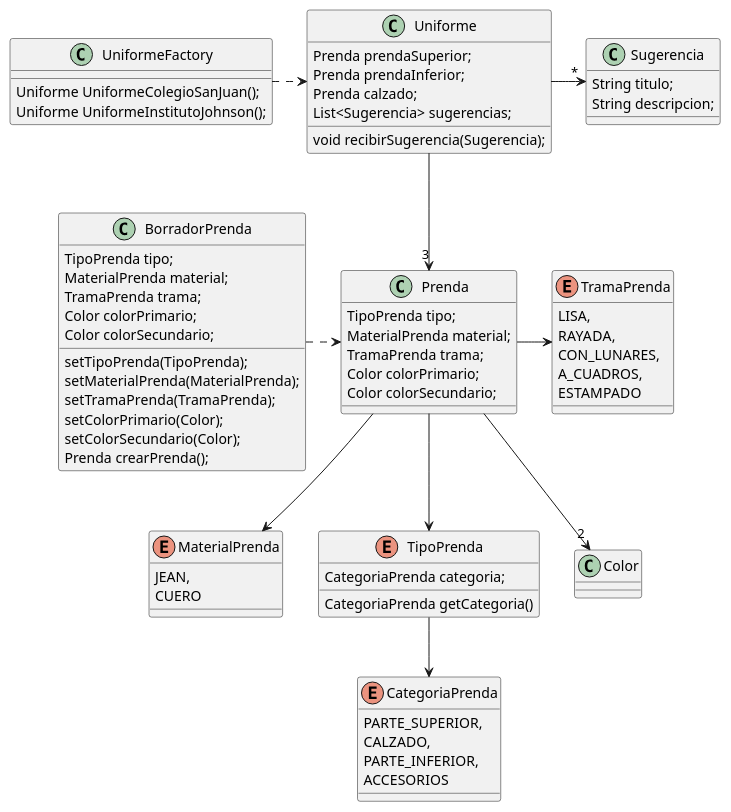
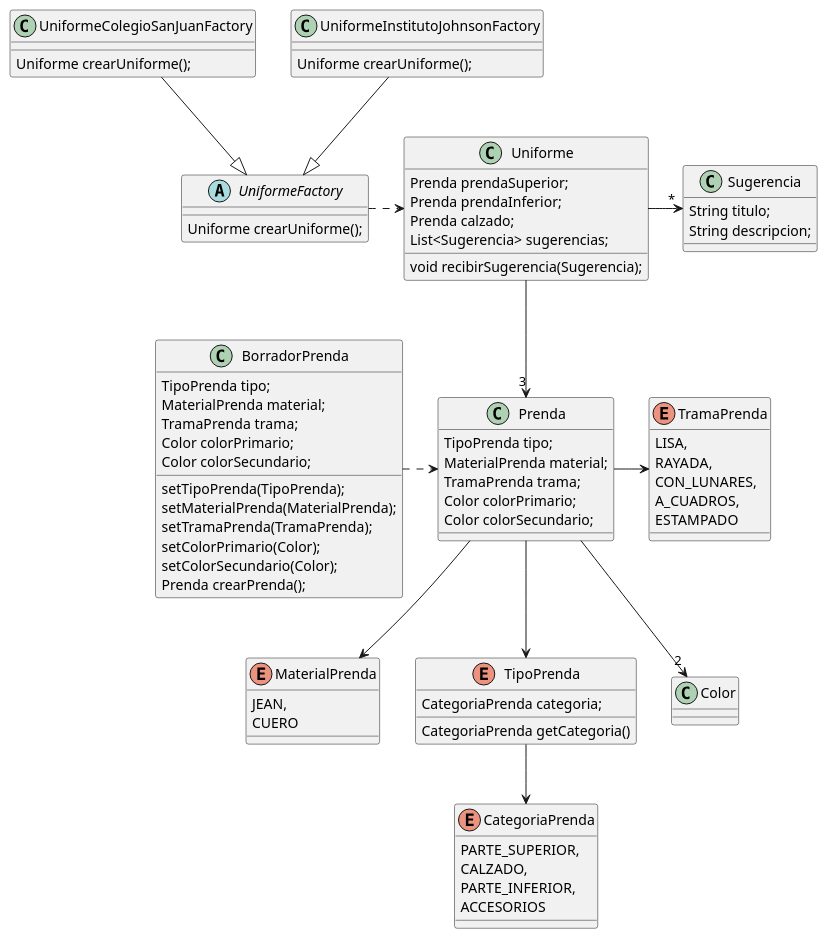
Before and after one commit to juanfsc/que-me-pongo: the diagram in classDiagram/diagram.puml, drawn with PlantUML. The commit also changed 2 other files, not shown here.

Commit message:
refactor UniformeFactory, update Readme

```diff
--- a/classDiagram/diagram.puml
+++ b/classDiagram/diagram.puml
@@ -1,73 +1,81 @@
 @startuml
 
 enum MaterialPrenda{
 	JEAN,
 	CUERO
 }
 enum CategoriaPrenda{
 	PARTE_SUPERIOR,
 	CALZADO,
 	PARTE_INFERIOR,
 	ACCESORIOS
 }
 enum TipoPrenda{
 	CategoriaPrenda categoria;
 	CategoriaPrenda getCategoria()
 }
 enum TramaPrenda{
     LISA,
     RAYADA,
     CON_LUNARES,
     A_CUADROS,
     ESTAMPADO
 }
 class Prenda{
 	TipoPrenda tipo;
 	MaterialPrenda material;
 	TramaPrenda trama;
 	Color colorPrimario;
 	Color colorSecundario;
 }
 class BorradorPrenda{
     TipoPrenda tipo;
     MaterialPrenda material;
     TramaPrenda trama;
     Color colorPrimario;
     Color colorSecundario;
     setTipoPrenda(TipoPrenda);
     setMaterialPrenda(MaterialPrenda);
     setTramaPrenda(TramaPrenda);
     setColorPrimario(Color);
     setColorSecundario(Color);
     Prenda crearPrenda();
 }
 class Sugerencia{
     String titulo;
     String descripcion;
 }
 
 class Uniforme{
     Prenda prendaSuperior;
     Prenda prendaInferior;
     Prenda calzado;
     List<Sugerencia> sugerencias;
     void recibirSugerencia(Sugerencia);
 
 }
 
-class UniformeFactory{
-    Uniforme UniformeColegioSanJuan();
-    Uniforme UniformeInstitutoJohnson();
+abstract UniformeFactory{
+    Uniforme crearUniforme();
+
+}
+class UniformeColegioSanJuanFactory {
+    Uniforme crearUniforme();
+}
+class UniformeInstitutoJohnsonFactory {
+    Uniforme crearUniforme();
 }
 
 
 Prenda --> TipoPrenda
 MaterialPrenda <-up- Prenda
 Prenda -down-> "2" Color
 TipoPrenda --> CategoriaPrenda
 Prenda -> TramaPrenda
 BorradorPrenda .> Prenda
 UniformeFactory .> Uniforme
 Uniforme --> "3" Prenda
 Uniforme -> "*" Sugerencia
+UniformeColegioSanJuanFactory --|> UniformeFactory
+UniformeInstitutoJohnsonFactory --|> UniformeFactory
 @enduml
```
